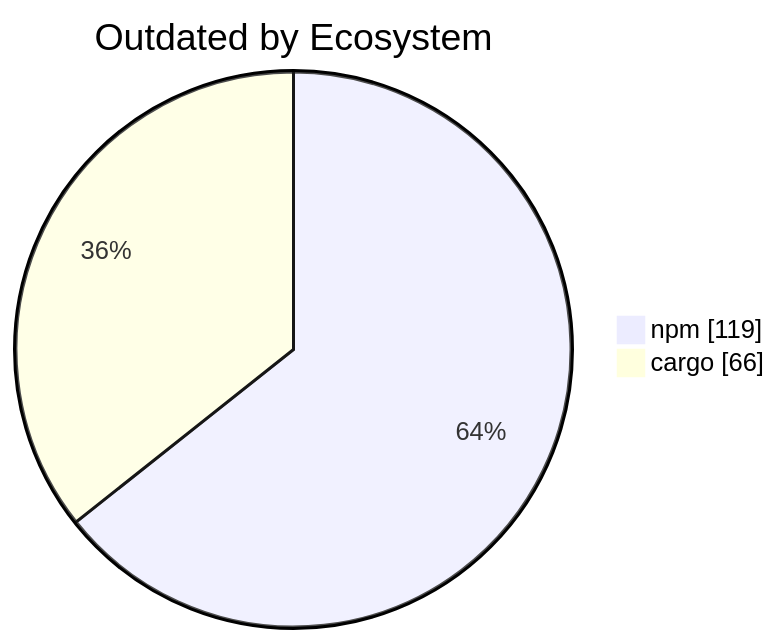
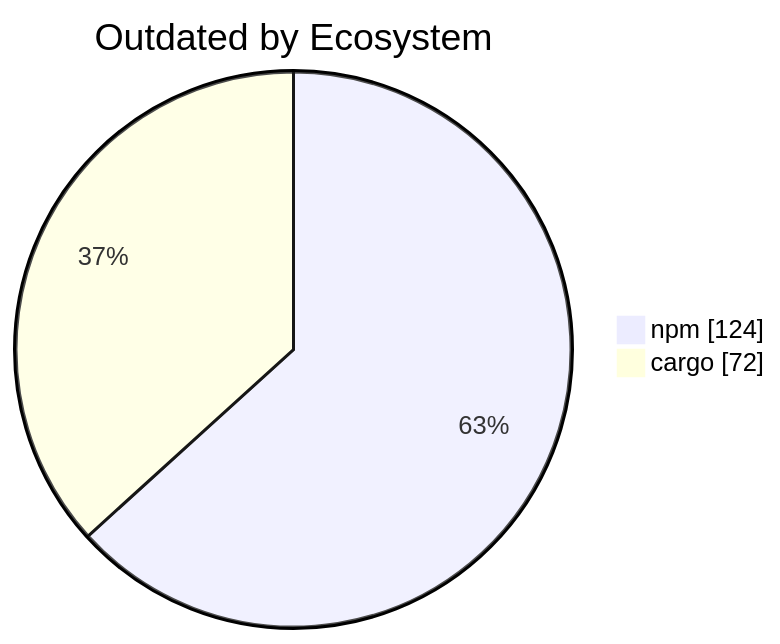
The diagram in apps/kbve/astro-kbve/src/content/docs/dashboard/deps.mdx (KBVE/kbve), drawn with Mermaid before and after one commit. The commit also changed other lines of this file and 1 other file, not shown here.

````diff
--- a/apps/kbve/astro-kbve/src/content/docs/dashboard/deps.mdx
+++ b/apps/kbve/astro-kbve/src/content/docs/dashboard/deps.mdx
@@ -109,6 +109,6 @@
 ```mermaid
 pie showData
     title Outdated by Ecosystem
-    "npm" : 119
-    "cargo" : 66
+    "npm" : 124
+    "cargo" : 72
 ```
````
